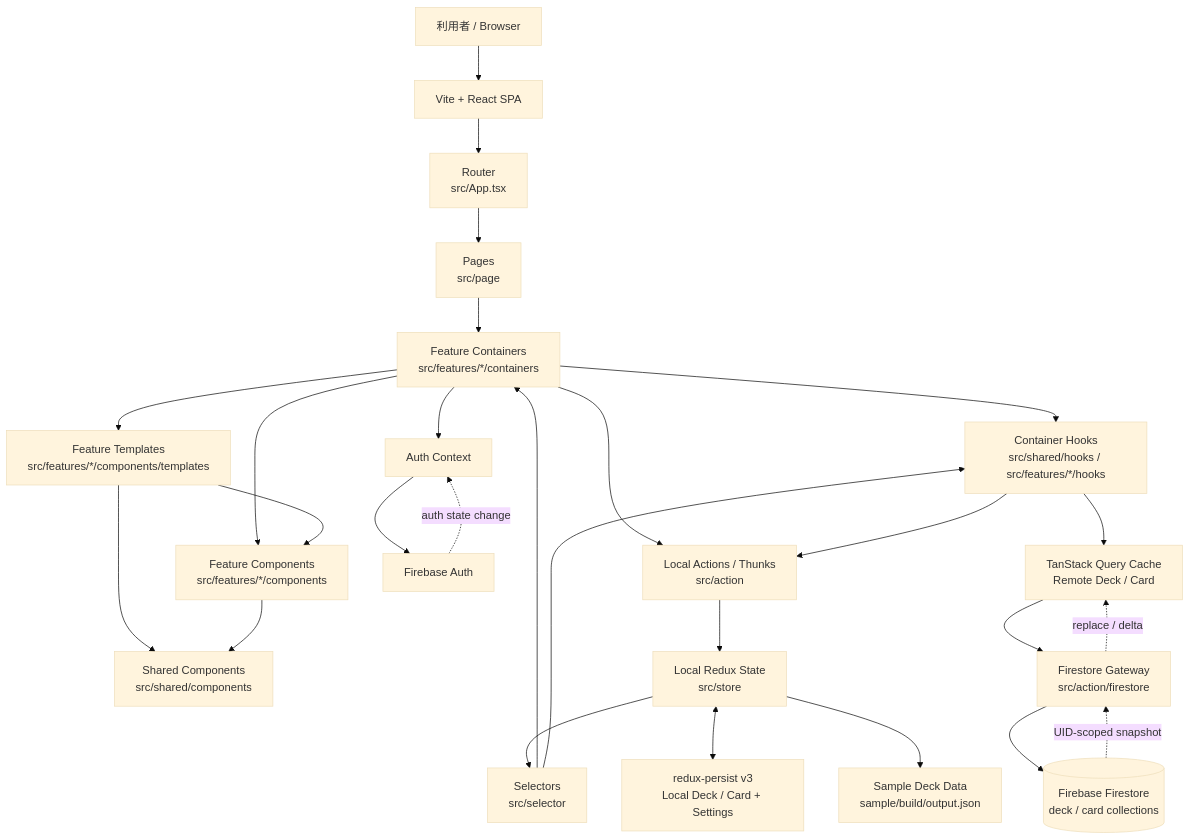
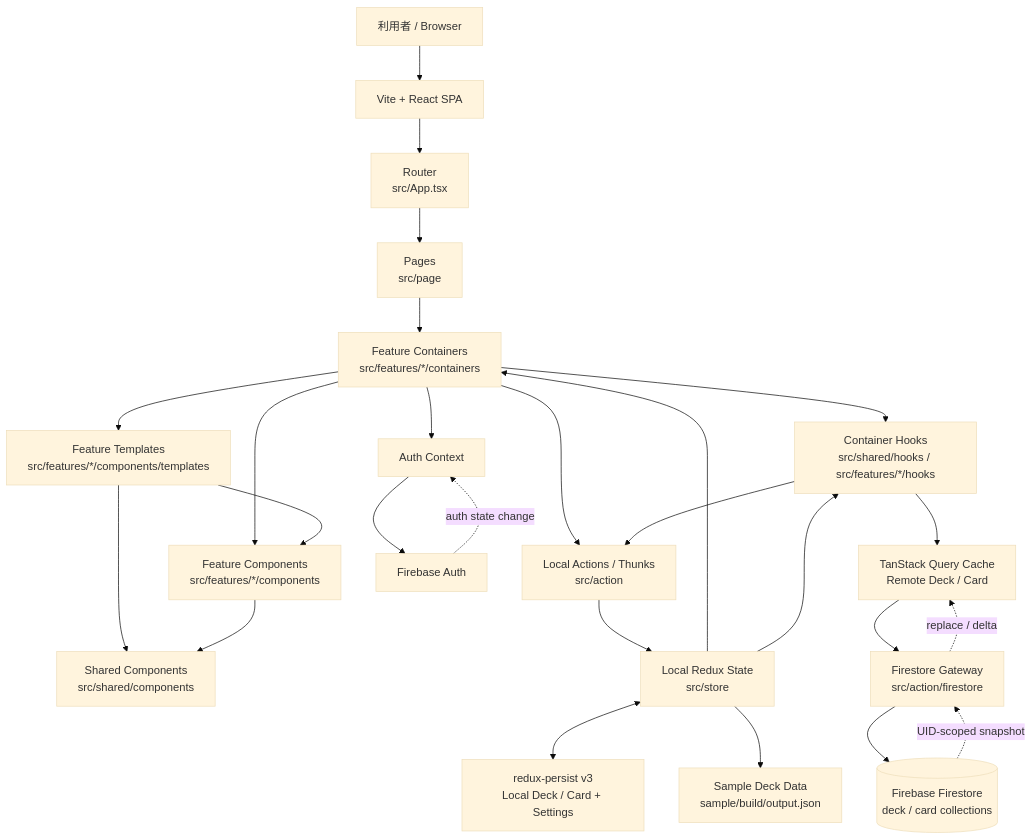
The diagram in docs/architecture.md (her0e1c1/tango), drawn with Mermaid (base theme) before and after one commit. The commit also changed other lines of this file and 26 other files, not shown here.

````diff
--- a/docs/architecture.md
+++ b/docs/architecture.md
@@ -3,31 +3,30 @@
 ```mermaid
 flowchart TD
     U[利用者 / Browser] --> V[Vite + React SPA]
     V --> R[Router<br/>src/App.tsx]
     R --> P[Pages<br/>src/page]
     P --> C[Feature Containers<br/>src/features/*/containers]
     C --> T[Feature Templates<br/>src/features/*/components/templates]
     C --> FC[Feature Components<br/>src/features/*/components]
     T --> FC
     T --> SC[Shared Components<br/>src/shared/components]
     FC --> SC
 
     C --> H[Container Hooks<br/>src/shared/hooks / src/features/*/hooks]
     C --> A[Local Actions / Thunks<br/>src/action]
     H --> A
     A --> S[Local Redux State<br/>src/store]
-    S --> X[Selectors<br/>src/selector]
-    X --> C
-    X --> H
+    S --> C
+    S --> H
 
     S <--> L[redux-persist v3<br/>Local Deck / Card + Settings]
     S --> I[Sample Deck Data<br/>sample/build/output.json]
     C --> AC[Auth Context]
     AC --> AU[Firebase Auth]
     H --> Q[TanStack Query Cache<br/>Remote Deck / Card]
     Q --> F[Firestore Gateway<br/>src/action/firestore]
     F --> DB[(Firebase Firestore<br/>deck / card collections)]
     AU -. auth state change .-> AC
     DB -. UID-scoped snapshot .-> F
     F -. replace / delta .-> Q
 ```
````
